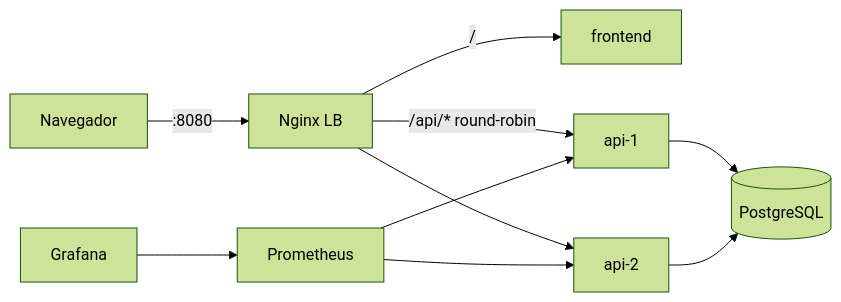
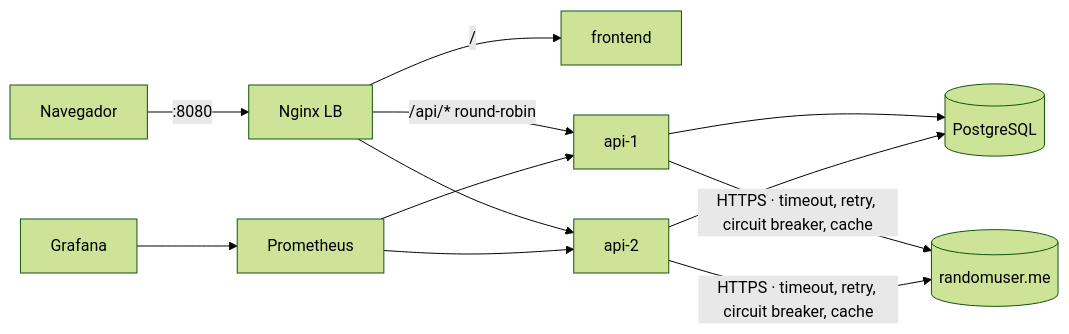
One commit to soninhoxs/Desafio_Tecnico_AppSec---DEVOPS changed the diagram in README.md. Above: the diagram before and after it, drawn with Mermaid (forest theme). The commit also changed other lines of this file and 4 other files, not shown here.

````diff
--- a/README.md
+++ b/README.md
@@ -36,10 +67,11 @@
 ```mermaid
 flowchart LR
   U[Navegador] -->|:8080| LB[Nginx LB]
   LB -->|/| FE[frontend]
   LB -->|/api/* round-robin| A1[api-1]
   LB --> A2[api-2]
   A1 & A2 --> DB[(PostgreSQL)]
+  A1 & A2 -->|HTTPS · timeout, retry, circuit breaker, cache| EXT[(randomuser.me)]
   PR[Prometheus] --> A1 & A2
   GR[Grafana] --> PR
 ```
````
